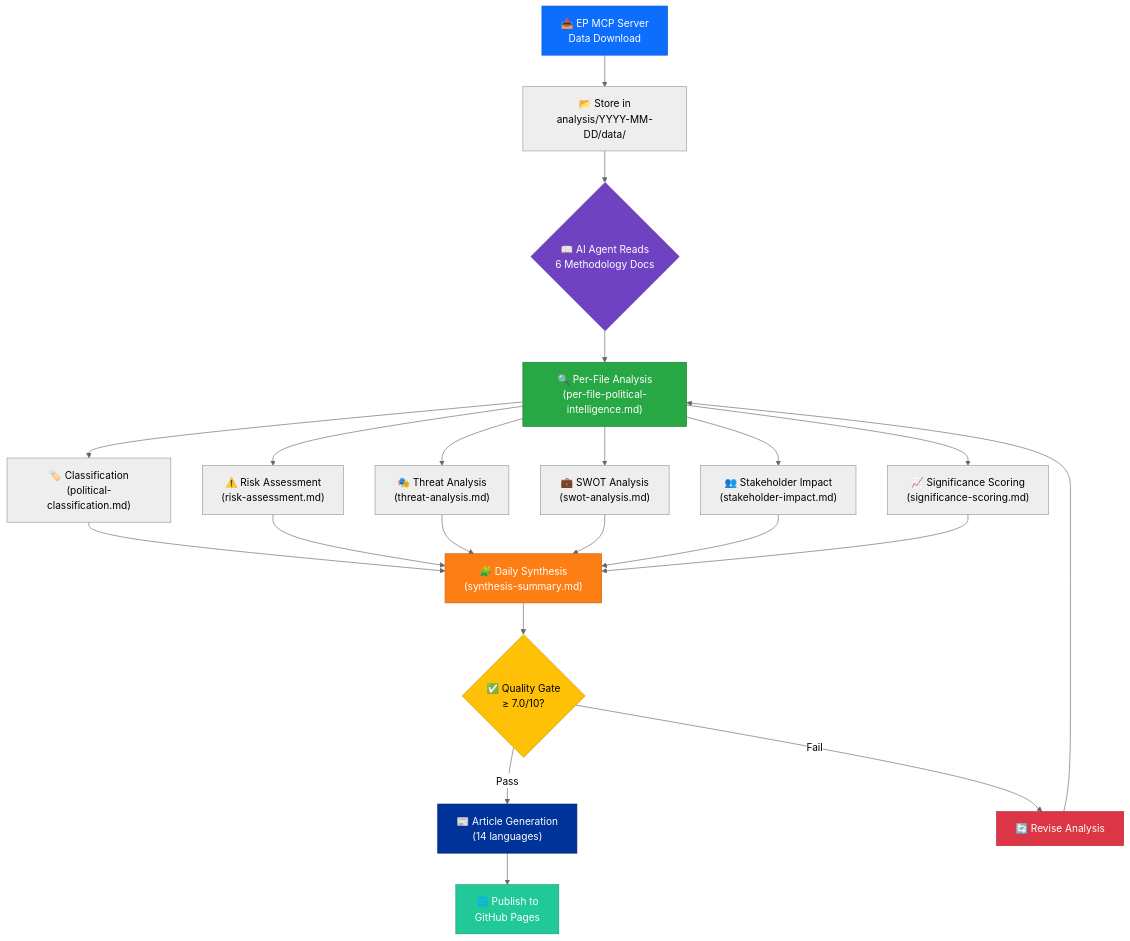
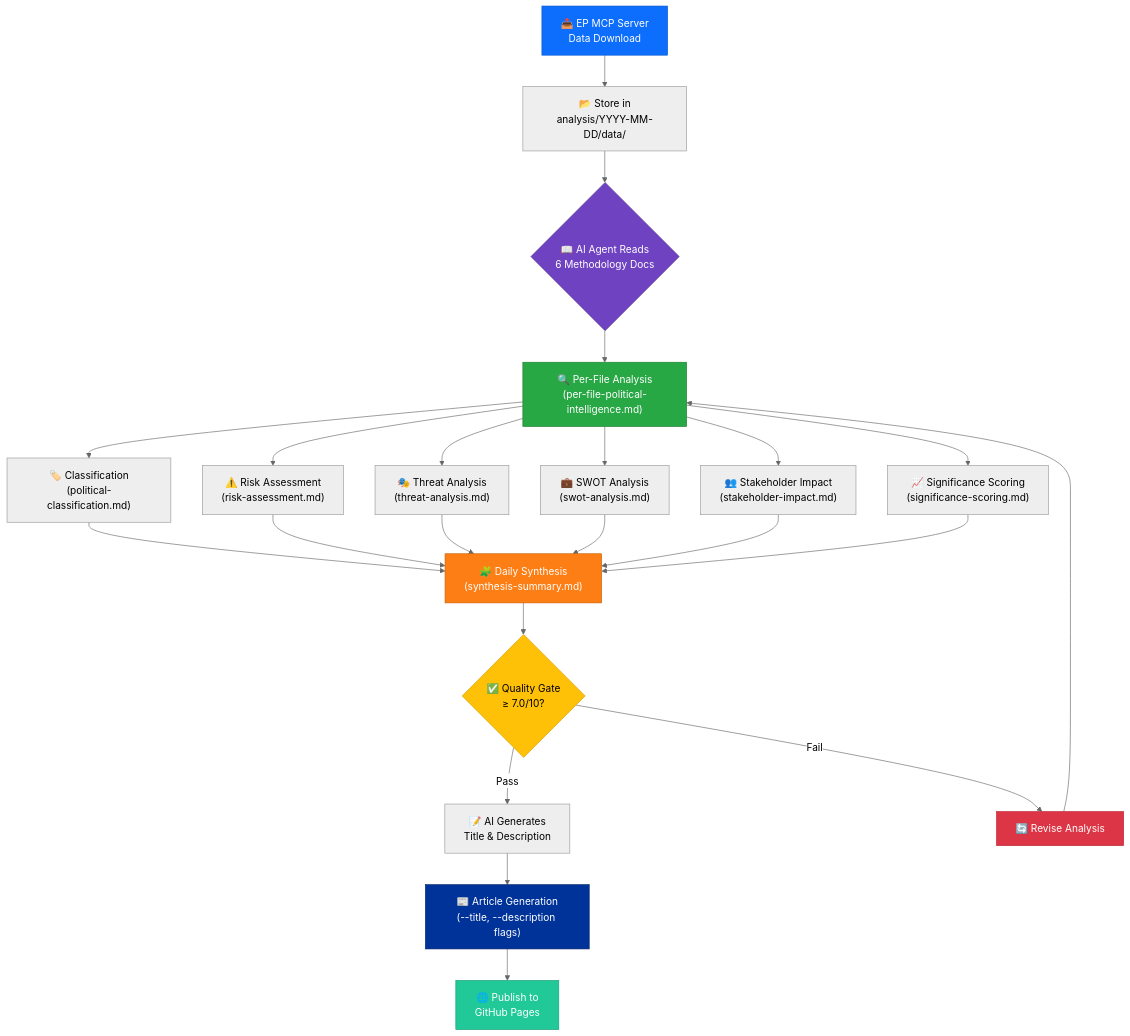
Before and after one commit to Hack23/euparliamentmonitor: the second of 16 diagrams in analysis/templates/README.md, drawn with Mermaid (neutral theme). The commit also changed 8 other files, not shown here.

````diff
--- a/analysis/templates/README.md
+++ b/analysis/templates/README.md
@@ -139,27 +139,28 @@
 ```mermaid
 flowchart TD
     A["📥 EP MCP Server<br/>Data Download"] --> B["📂 Store in<br/>analysis/YYYY-MM-DD/data/"]
     B --> C{"📖 AI Agent Reads<br/>6 Methodology Docs"}
     C --> D["🔍 Per-File Analysis<br/>(per-file-political-intelligence.md)"]
     D --> E["🏷️ Classification<br/>(political-classification.md)"]
     D --> F["⚠️ Risk Assessment<br/>(risk-assessment.md)"]
     D --> G["🎭 Threat Analysis<br/>(threat-analysis.md)"]
     D --> H["💼 SWOT Analysis<br/>(swot-analysis.md)"]
     D --> I["👥 Stakeholder Impact<br/>(stakeholder-impact.md)"]
     D --> J["📈 Significance Scoring<br/>(significance-scoring.md)"]
     E & F & G & H & I & J --> K["🧩 Daily Synthesis<br/>(synthesis-summary.md)"]
     K --> L{"✅ Quality Gate<br/>≥ 7.0/10?"}
-    L -->|Pass| M["📰 Article Generation<br/>(14 languages)"]
+    L -->|Pass| META["📝 AI Generates<br/>Title & Description"]
+    META --> M["📰 Article Generation<br/>(--title, --description flags)"]
     L -->|Fail| N["🔄 Revise Analysis"]
     N --> D
     M --> O["🌐 Publish to<br/>GitHub Pages"]
 
     style A fill:#0d6efd,color:#fff,stroke:#0a58ca
     style C fill:#6f42c1,color:#fff,stroke:#59359a
     style D fill:#28a745,color:#fff,stroke:#1e7e34
     style K fill:#fd7e14,color:#fff,stroke:#c96009
     style L fill:#ffc107,color:#000,stroke:#d39e00
     style M fill:#003399,color:#fff,stroke:#002266
     style O fill:#20c997,color:#fff,stroke:#199d76
     style N fill:#dc3545,color:#fff,stroke:#bd2130
 ```
````
